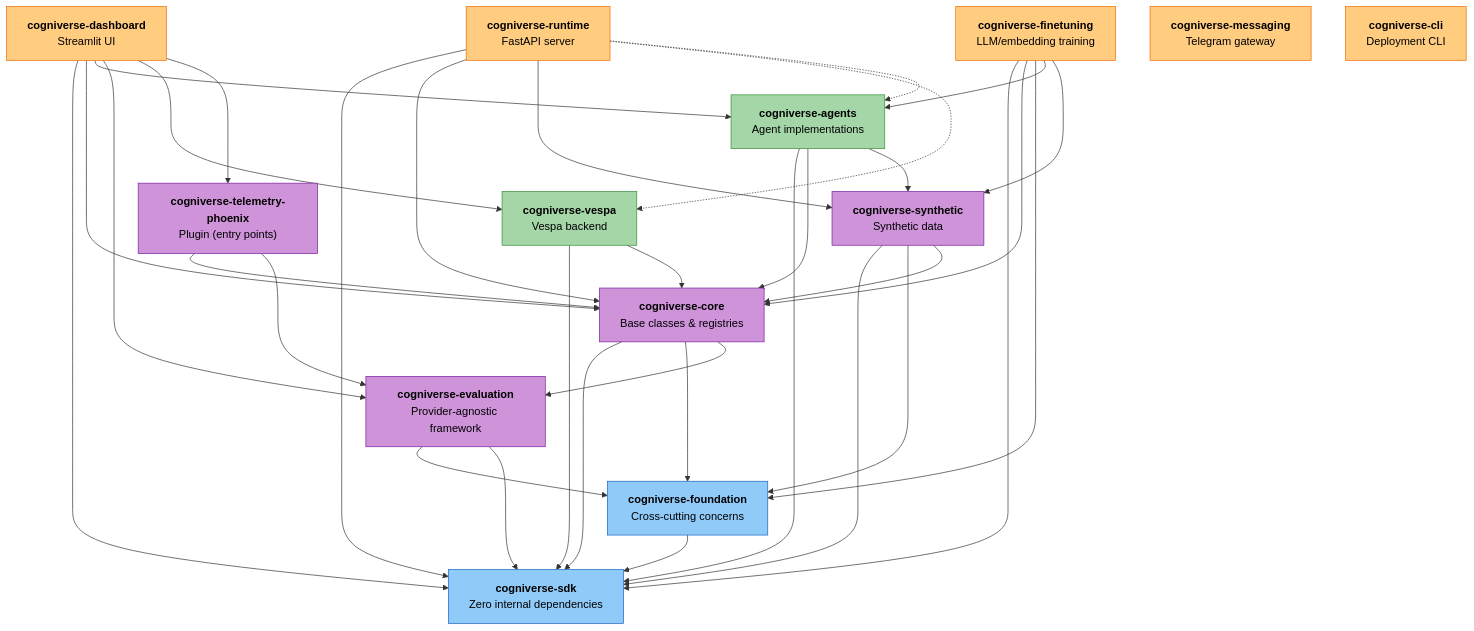
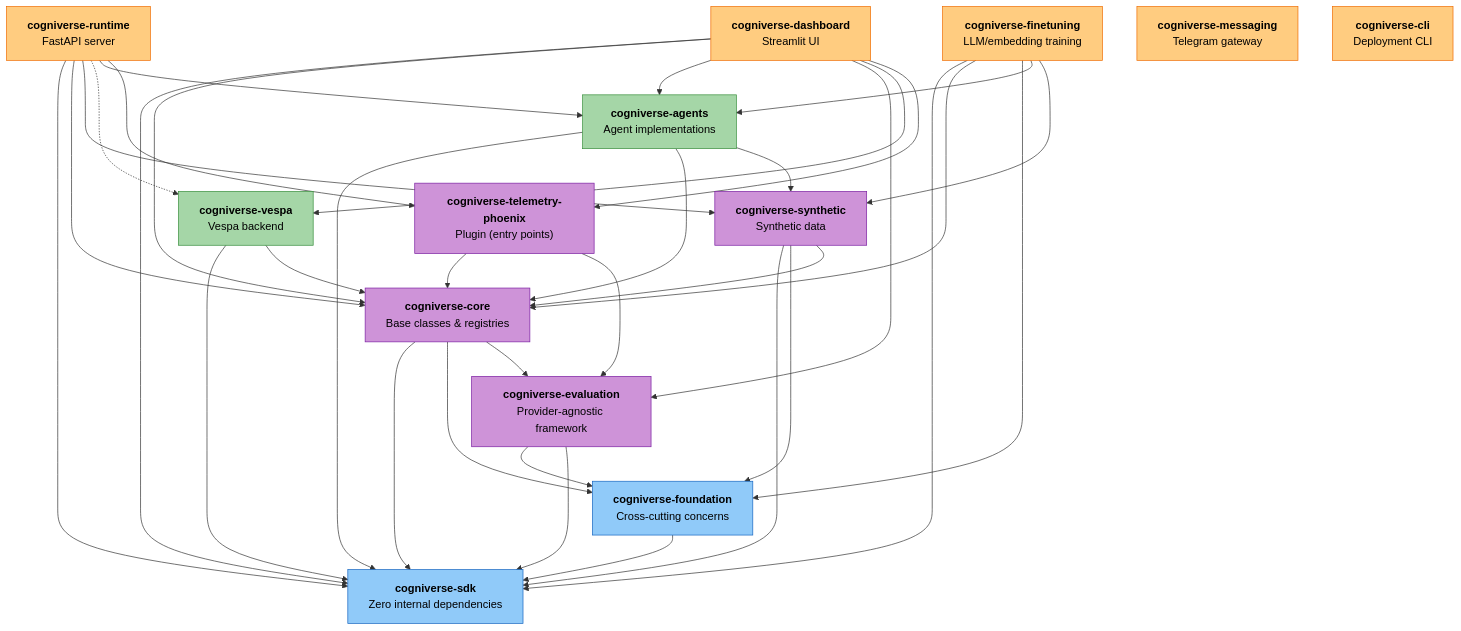
One commit to amit-jain/cogniverse changed the diagram in docs/architecture/sdk-architecture.md. Above: the diagram before and after it, drawn with Mermaid. The commit also changed other lines of this file and 1 other file, not shown here.

Commit message:
Update architecture package graphs

````diff
--- a/docs/architecture/sdk-architecture.md
+++ b/docs/architecture/sdk-architecture.md
@@ -676,76 +676,77 @@
 ```mermaid
 flowchart TD
     %% Foundation Layer
     sdk["<span style='color:#000'><b>cogniverse-sdk</b><br/>Zero internal dependencies</span>"]
     foundation["<span style='color:#000'><b>cogniverse-foundation</b><br/>Cross-cutting concerns</span>"]
 
     %% Core Layer
     evaluation["<span style='color:#000'><b>cogniverse-evaluation</b><br/>Provider-agnostic framework</span>"]
     core["<span style='color:#000'><b>cogniverse-core</b><br/>Base classes & registries</span>"]
     phoenix["<span style='color:#000'><b>cogniverse-telemetry-phoenix</b><br/>Plugin (entry points)</span>"]
 
     %% Core Layer (continued)
     synthetic["<span style='color:#000'><b>cogniverse-synthetic</b><br/>Synthetic data</span>"]
 
     %% Implementation Layer
     agents["<span style='color:#000'><b>cogniverse-agents</b><br/>Agent implementations</span>"]
     vespa["<span style='color:#000'><b>cogniverse-vespa</b><br/>Vespa backend</span>"]
 
     %% Application Layer
     runtime["<span style='color:#000'><b>cogniverse-runtime</b><br/>FastAPI server</span>"]
     dashboard["<span style='color:#000'><b>cogniverse-dashboard</b><br/>Streamlit UI</span>"]
     finetuning["<span style='color:#000'><b>cogniverse-finetuning</b><br/>LLM/embedding training</span>"]
     messaging["<span style='color:#000'><b>cogniverse-messaging</b><br/>Telegram gateway</span>"]
     cli["<span style='color:#000'><b>cogniverse-cli</b><br/>Deployment CLI</span>"]
 
     %% Foundation Layer dependencies (foundation depends on sdk)
     foundation --> sdk
 
     %% Core Layer dependencies
     evaluation --> foundation
     evaluation --> sdk
     core --> sdk
     core --> foundation
     core --> evaluation
     phoenix --> core
     phoenix --> evaluation
     synthetic --> sdk
     synthetic --> foundation
     synthetic --> core
 
     %% Implementation Layer dependencies
     agents --> sdk
     agents --> core
     agents --> synthetic
     vespa --> sdk
     vespa --> core
 
     %% Application Layer dependencies
     runtime --> sdk
     runtime --> core
     runtime --> synthetic
     runtime -.-> vespa
-    runtime -.-> agents
+    runtime --> agents
+    runtime --> phoenix
     dashboard --> sdk
     dashboard --> core
     dashboard --> agents
     dashboard --> evaluation
     dashboard --> vespa
     dashboard --> phoenix
     finetuning --> sdk
     finetuning --> core
     finetuning --> foundation
     finetuning --> agents
     finetuning --> synthetic
 
     %% Styling
     classDef foundationStyle fill:#90caf9,stroke:#1565c0,color:#000
     classDef coreStyle fill:#ce93d8,stroke:#7b1fa2,color:#000
     classDef implStyle fill:#a5d6a7,stroke:#388e3c,color:#000
     classDef appStyle fill:#ffcc80,stroke:#ef6c00,color:#000
 
     class sdk,foundation foundationStyle
     class evaluation,core,phoenix,synthetic coreStyle
     class agents,vespa implStyle
     class runtime,dashboard,finetuning,messaging,cli appStyle
 ```
````
